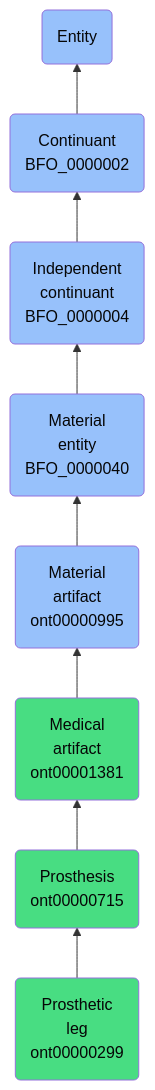
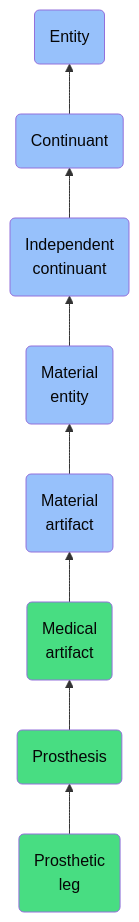
The diagram in docs/ontology/reference/model/Entity/Continuant/Independent continuant/Material entity/Material artifact/Medical artifact/Prosthesis/Prosthetic leg/Prosthetic leg.md (jupyter-naas/abi), drawn with Mermaid before and after one commit. The commit also changed other lines of this file and 1430 other files, not shown here.

````diff
--- a/docs/ontology/reference/model/Entity/Continuant/Independent continuant/Material entity/Material artifact/Medical artifact/Prosthesis/Prosthetic leg/Prosthetic leg.md
+++ b/docs/ontology/reference/model/Entity/Continuant/Independent continuant/Material entity/Material artifact/Medical artifact/Prosthesis/Prosthetic leg/Prosthetic leg.md
@@ -24,15 +24,15 @@
 ```mermaid
 graph BT
-    ont00000299(Prosthetic<br>leg<br>ont00000299):::ABI-->ont00000715
-    ont00000715(Prosthesis<br>ont00000715):::ABI-->ont00001381
-    ont00001381(Medical<br>artifact<br>ont00001381):::ABI-->ont00000995
-    ont00000995(Material<br>artifact<br>ont00000995):::BFO-->BFO_0000040
-    BFO_0000040(Material<br>entity<br>BFO_0000040):::BFO-->BFO_0000004
-    BFO_0000004(Independent<br>continuant<br>BFO_0000004):::BFO-->BFO_0000002
-    BFO_0000002(Continuant<br>BFO_0000002):::BFO-->BFO_0000001
+    ont00000299(Prosthetic<br>leg):::ABI-->ont00000715
+    ont00000715(Prosthesis):::ABI-->ont00001381
+    ont00001381(Medical<br>artifact):::ABI-->ont00000995
+    ont00000995(Material<br>artifact):::BFO-->BFO_0000040
+    BFO_0000040(Material<br>entity):::BFO-->BFO_0000004
+    BFO_0000004(Independent<br>continuant):::BFO-->BFO_0000002
+    BFO_0000002(Continuant):::BFO-->BFO_0000001
     BFO_0000001(Entity):::BFO
     
     classDef BFO fill:#97c1fb,color:#060606
     classDef CCO fill:#e4c51e,color:#060606
     classDef ABI fill:#48DD82,color:#060606
 ```
````
